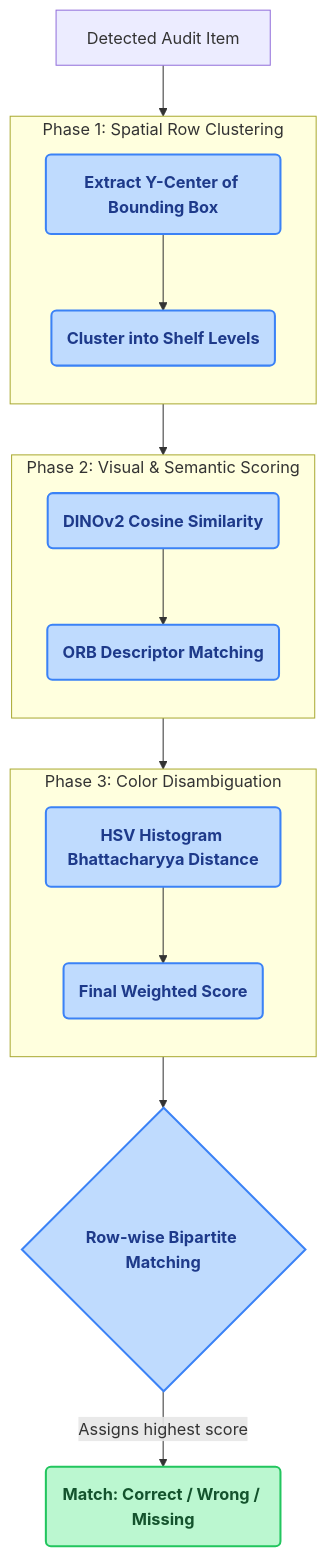
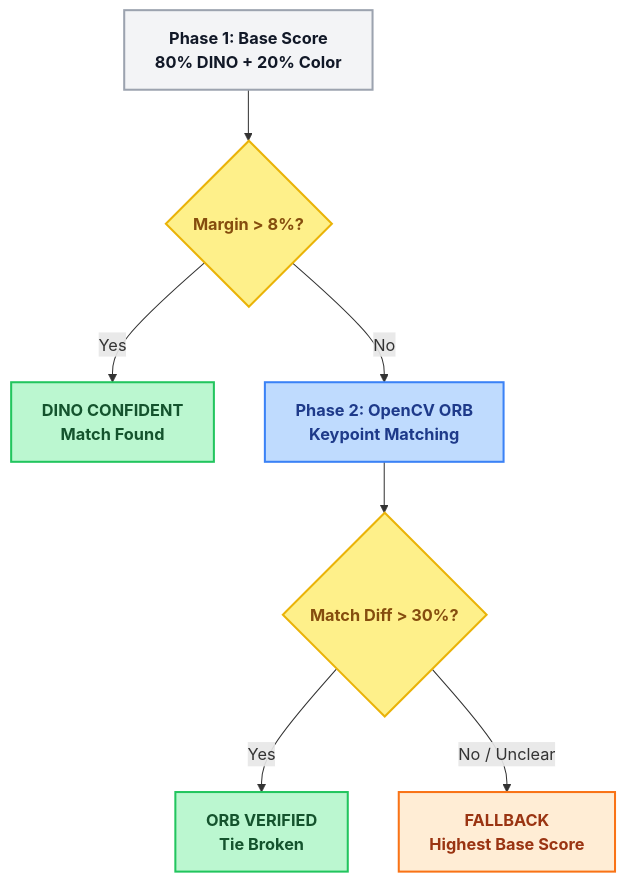
The first of 3 diagrams in README.md (itzRohit45/Planogram), drawn with Mermaid before and after one commit.

Commit message:
docs: replace matching diagram with exact threshold logic from latex report

````diff
--- a/README.md
+++ b/README.md
@@ -26,38 +26,24 @@
 ```mermaid
 graph TD
     %% Define Styles
     classDef phase fill:#f3f4f6,stroke:#9ca3af,stroke-width:2px,color:#111827,font-weight:bold;
     classDef step fill:#bfdbfe,stroke:#3b82f6,stroke-width:2px,color:#1e3a8a,font-weight:bold;
     classDef success fill:#bbf7d0,stroke:#22c55e,stroke-width:2px,color:#14532d,font-weight:bold;
+    classDef decision fill:#fef08a,stroke:#eab308,stroke-width:2px,color:#854d0e,font-weight:bold;
+    classDef fallback fill:#ffedd5,stroke:#f97316,stroke-width:2px,color:#9a3412,font-weight:bold;
 
-    A[Detected Audit Item] --> Phase1
-    
-    subgraph Phase1 [Phase 1: Spatial Row Clustering]
-        direction TB
-        S1(Extract Y-Center of Bounding Box):::step
-        S2(Cluster into Shelf Levels):::step
-        S1 --> S2
-    end
-    
-    Phase1 --> Phase2
-    
-    subgraph Phase2 [Phase 2: Visual & Semantic Scoring]
-        direction TB
-        V1(DINOv2 Cosine Similarity):::step
-        V2(ORB Descriptor Matching):::step
-        V1 --> V2
-    end
-    
-    Phase2 --> Phase3
-    
-    subgraph Phase3 [Phase 3: Color Disambiguation]
-        direction TB
-        C1(HSV Histogram Bhattacharyya Distance):::step
-        C1 --> C2(Final Weighted Score):::step
-    end
-    
-    Phase3 --> Matcher
-    
-    Matcher{Row-wise Bipartite Matching}:::step
-    Matcher -->|Assigns highest score| Final(Match: Correct / Wrong / Missing):::success
+    A[Phase 1: Base Score <br> 80% DINO + 20% Color]:::phase
+    B{Margin > 8%?}:::decision
+    C[DINO CONFIDENT <br> Match Found]:::success
+    D[Phase 2: OpenCV ORB <br> Keypoint Matching]:::step
+    E{Match Diff > 30%?}:::decision
+    F[ORB VERIFIED <br> Tie Broken]:::success
+    G[FALLBACK <br> Highest Base Score]:::fallback
+
+    A --> B
+    B -->|Yes| C
+    B -->|No| D
+    D --> E
+    E -->|Yes| F
+    E -->|No / Unclear| G
 ```
````
